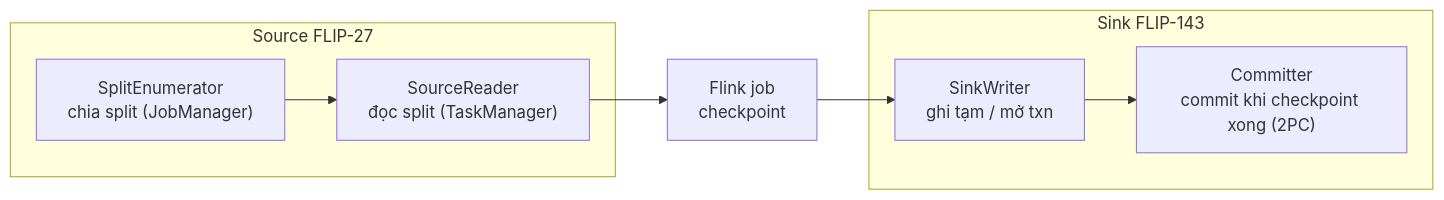
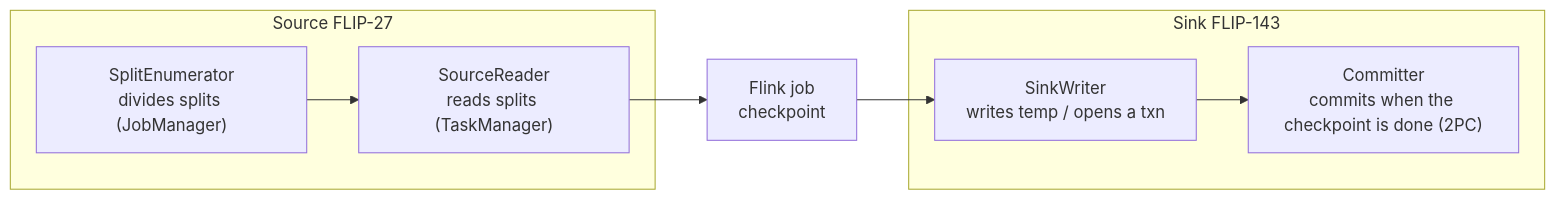
The first of 2 diagrams in i18n/en/docusaurus-plugin-content-docs/current/etl/flink/skills/connectors.md (vuhoang001/knowledge), drawn with Mermaid before and after one commit. The commit also changed other lines of this file and 21 other files, not shown here.

````diff
--- a/i18n/en/docusaurus-plugin-content-docs/current/etl/flink/skills/connectors.md
+++ b/i18n/en/docusaurus-plugin-content-docs/current/etl/flink/skills/connectors.md
@@ -40,11 +39,11 @@
 ```mermaid
 graph LR
     subgraph Source FLIP-27
-        E["SplitEnumerator<br/>chia split (JobManager)"] --> R["SourceReader<br/>đọc split (TaskManager)"]
+        E["SplitEnumerator<br/>divides splits (JobManager)"] --> R["SourceReader<br/>reads splits (TaskManager)"]
     end
     R --> J["Flink job<br/>checkpoint"]
-    J --> W["SinkWriter<br/>ghi tạm / mở txn"]
+    J --> W["SinkWriter<br/>writes temp / opens a txn"]
     subgraph Sink FLIP-143
-        W --> C["Committer<br/>commit khi checkpoint xong (2PC)"]
+        W --> C["Committer<br/>commits when the checkpoint is done (2PC)"]
     end
 ```
````
